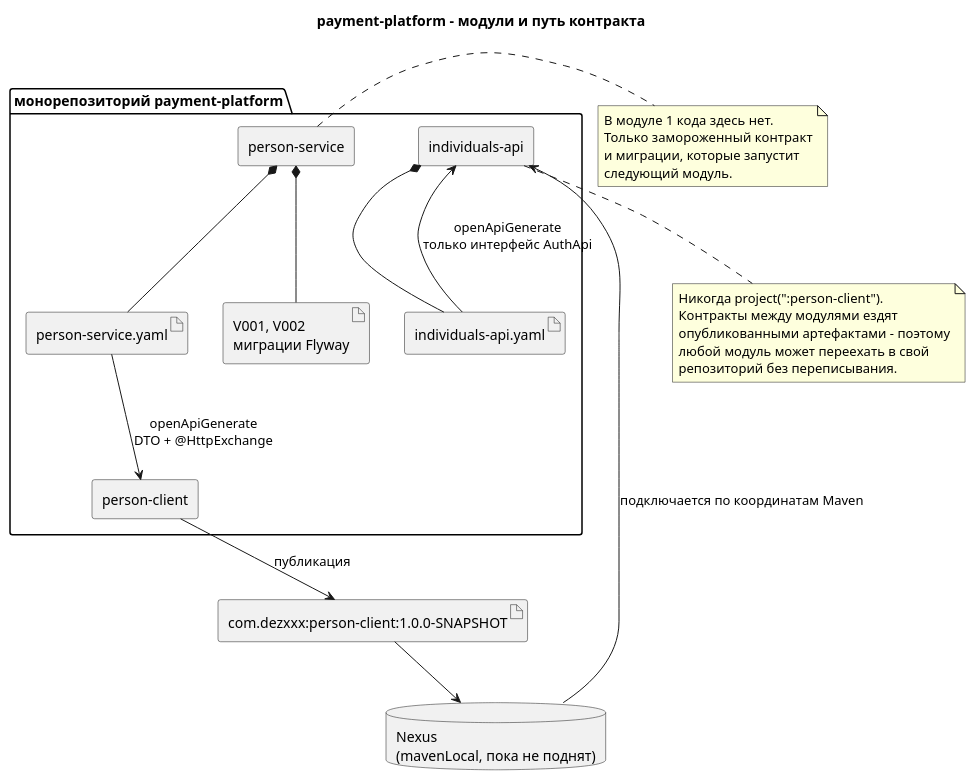
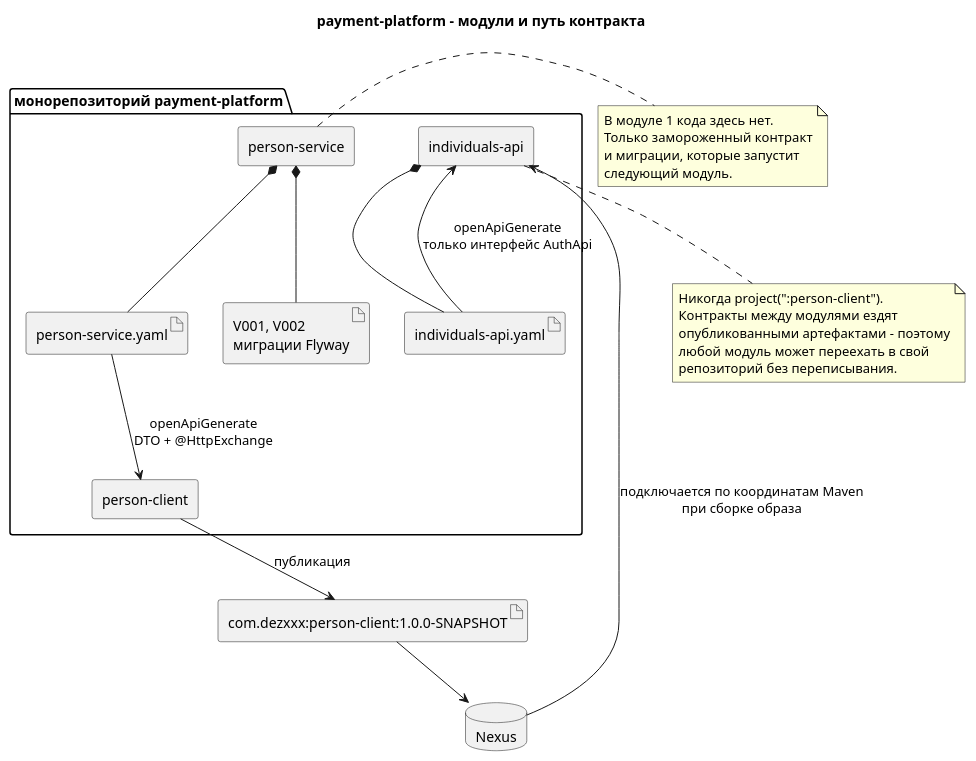
One commit to dezxxx/payment-platform changed the diagram in docs/puml-ru/component.puml. Above: the diagram before and after it, drawn with PlantUML. The commit also changed 91 other files, not shown here.

First line of the commit message:
refactor: follow the teacher's component diagram and build inside Docker

```diff
--- a/docs/puml-ru/component.puml
+++ b/docs/puml-ru/component.puml
@@ -1,45 +1,45 @@
 @startuml component
 title payment-platform - модули и путь контракта
 
 skinparam componentStyle rectangle
 skinparam shadowing false
 
 package "монорепозиторий payment-platform" {
   component "person-service" as PS
   component "person-client" as PC
   component "individuals-api" as API
 
   artifact "person-service.yaml" as PSY
   artifact "individuals-api.yaml" as IAY
   artifact "V001, V002\nмиграции Flyway" as MIG
 }
 
-database "Nexus\n(mavenLocal, пока не поднят)" as NEXUS
+database "Nexus" as NEXUS
 artifact "com.dezxxx:person-client:1.0.0-SNAPSHOT" as PCJ
 
 PS *-- PSY
 PS *-- MIG
 API *-- IAY
 
 PSY --> PC : openApiGenerate\nDTO + @HttpExchange
 IAY --> API : openApiGenerate\nтолько интерфейс AuthApi
 PC --> PCJ : публикация
 PCJ --> NEXUS
-NEXUS --> API : подключается по координатам Maven
+NEXUS --> API : подключается по координатам Maven\nпри сборке образа
 
 note bottom of API
   Никогда project(":person-client").
   Контракты между модулями ездят
   опубликованными артефактами - поэтому
   любой модуль может переехать в свой
   репозиторий без переписывания.
 end note
 
 note right of PS
   В модуле 1 кода здесь нет.
   Только замороженный контракт
   и миграции, которые запустит
   следующий модуль.
 end note
 
 @enduml
```
